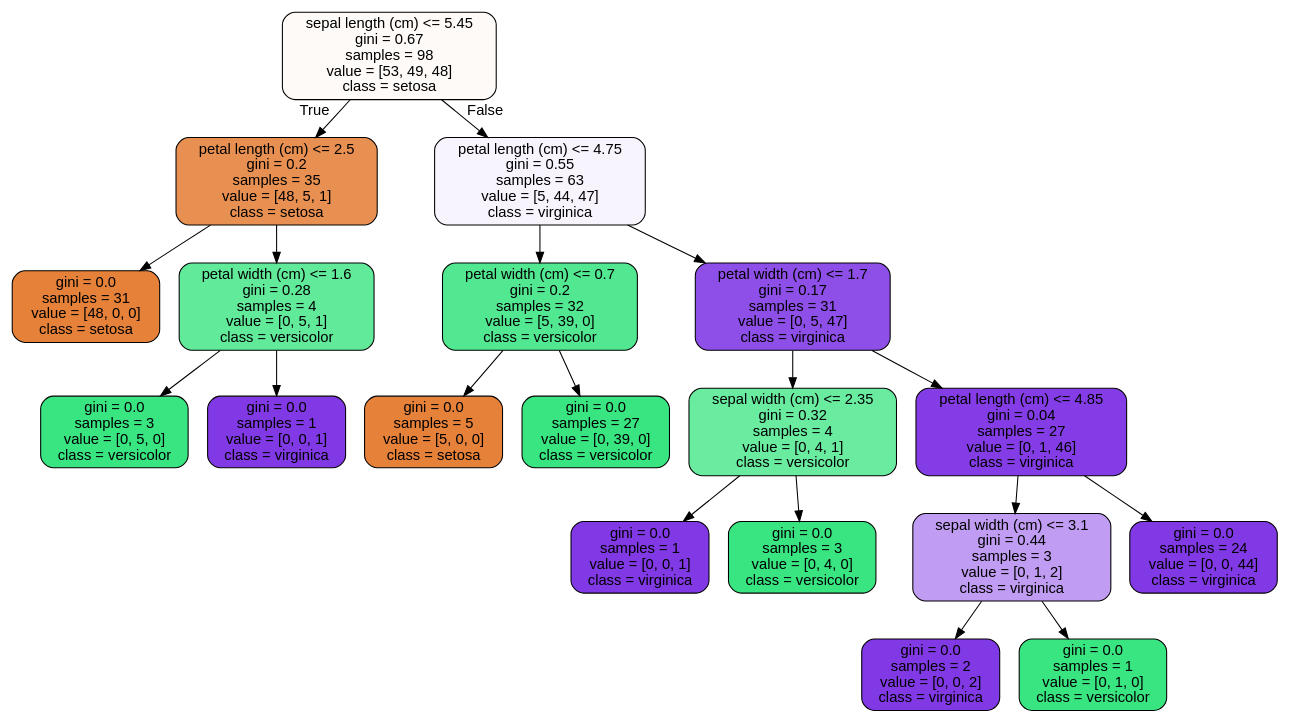
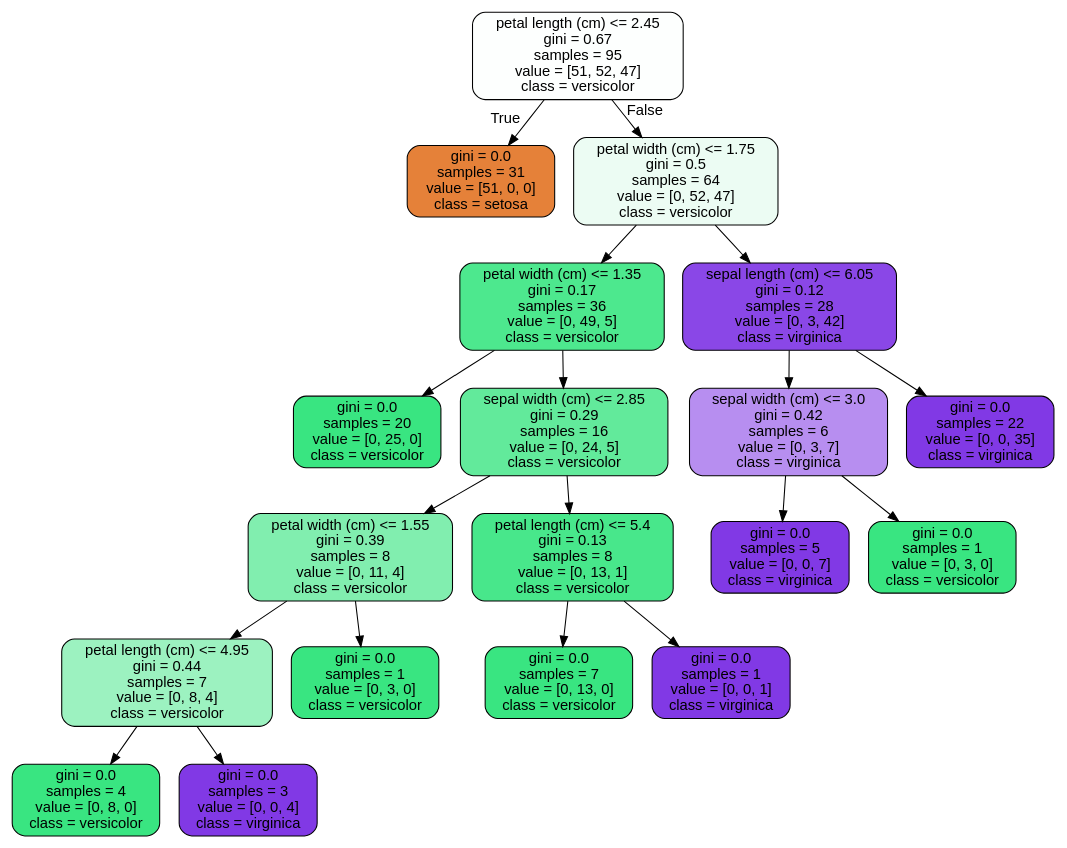
The diagram in 14.4RandomForest Covid Case Study_06302020/tree.dot (BinhKieu82/Springboard_NormProj), drawn with Graphviz before and after one commit. The commit also changed 2 other files, not shown here.

```diff
--- a/14.4RandomForest Covid Case Study_06302020/tree.dot
+++ b/14.4RandomForest Covid Case Study_06302020/tree.dot
@@ -1,41 +1,41 @@
 digraph Tree {
 node [shape=box, style="filled, rounded", color="black", fontname=helvetica] ;
 edge [fontname=helvetica] ;
-0 [label="sepal length (cm) <= 5.45\ngini = 0.67\nsamples = 98\nvalue = [53, 49, 48]\nclass = setosa", fillcolor="#fefaf7"] ;
-1 [label="petal length (cm) <= 2.5\ngini = 0.2\nsamples = 35\nvalue = [48, 5, 1]\nclass = setosa", fillcolor="#e89051"] ;
+0 [label="petal length (cm) <= 2.45\ngini = 0.67\nsamples = 95\nvalue = [51, 52, 47]\nclass = versicolor", fillcolor="#fdfffe"] ;
+1 [label="gini = 0.0\nsamples = 31\nvalue = [51, 0, 0]\nclass = setosa", fillcolor="#e58139"] ;
 0 -> 1 [labeldistance=2.5, labelangle=45, headlabel="True"] ;
-2 [label="gini = 0.0\nsamples = 31\nvalue = [48, 0, 0]\nclass = setosa", fillcolor="#e58139"] ;
-1 -> 2 ;
-3 [label="petal width (cm) <= 1.6\ngini = 0.28\nsamples = 4\nvalue = [0, 5, 1]\nclass = versicolor", fillcolor="#61ea9a"] ;
-1 -> 3 ;
-4 [label="gini = 0.0\nsamples = 3\nvalue = [0, 5, 0]\nclass = versicolor", fillcolor="#39e581"] ;
+2 [label="petal width (cm) <= 1.75\ngini = 0.5\nsamples = 64\nvalue = [0, 52, 47]\nclass = versicolor", fillcolor="#ecfcf3"] ;
+0 -> 2 [labeldistance=2.5, labelangle=-45, headlabel="False"] ;
+3 [label="petal width (cm) <= 1.35\ngini = 0.17\nsamples = 36\nvalue = [0, 49, 5]\nclass = versicolor", fillcolor="#4de88e"] ;
+2 -> 3 ;
+4 [label="gini = 0.0\nsamples = 20\nvalue = [0, 25, 0]\nclass = versicolor", fillcolor="#39e581"] ;
 3 -> 4 ;
-5 [label="gini = 0.0\nsamples = 1\nvalue = [0, 0, 1]\nclass = virginica", fillcolor="#8139e5"] ;
+5 [label="sepal width (cm) <= 2.85\ngini = 0.29\nsamples = 16\nvalue = [0, 24, 5]\nclass = versicolor", fillcolor="#62ea9b"] ;
 3 -> 5 ;
-6 [label="petal length (cm) <= 4.75\ngini = 0.55\nsamples = 63\nvalue = [5, 44, 47]\nclass = virginica", fillcolor="#f8f4fe"] ;
-0 -> 6 [labeldistance=2.5, labelangle=-45, headlabel="False"] ;
-7 [label="petal width (cm) <= 0.7\ngini = 0.2\nsamples = 32\nvalue = [5, 39, 0]\nclass = versicolor", fillcolor="#52e891"] ;
+6 [label="petal width (cm) <= 1.55\ngini = 0.39\nsamples = 8\nvalue = [0, 11, 4]\nclass = versicolor", fillcolor="#81eeaf"] ;
+5 -> 6 ;
+7 [label="petal length (cm) <= 4.95\ngini = 0.44\nsamples = 7\nvalue = [0, 8, 4]\nclass = versicolor", fillcolor="#9cf2c0"] ;
 6 -> 7 ;
-8 [label="gini = 0.0\nsamples = 5\nvalue = [5, 0, 0]\nclass = setosa", fillcolor="#e58139"] ;
+8 [label="gini = 0.0\nsamples = 4\nvalue = [0, 8, 0]\nclass = versicolor", fillcolor="#39e581"] ;
 7 -> 8 ;
-9 [label="gini = 0.0\nsamples = 27\nvalue = [0, 39, 0]\nclass = versicolor", fillcolor="#39e581"] ;
+9 [label="gini = 0.0\nsamples = 3\nvalue = [0, 0, 4]\nclass = virginica", fillcolor="#8139e5"] ;
 7 -> 9 ;
-10 [label="petal width (cm) <= 1.7\ngini = 0.17\nsamples = 31\nvalue = [0, 5, 47]\nclass = virginica", fillcolor="#8e4ee8"] ;
+10 [label="gini = 0.0\nsamples = 1\nvalue = [0, 3, 0]\nclass = versicolor", fillcolor="#39e581"] ;
 6 -> 10 ;
-11 [label="sepal width (cm) <= 2.35\ngini = 0.32\nsamples = 4\nvalue = [0, 4, 1]\nclass = versicolor", fillcolor="#6aeca0"] ;
-10 -> 11 ;
-12 [label="gini = 0.0\nsamples = 1\nvalue = [0, 0, 1]\nclass = virginica", fillcolor="#8139e5"] ;
+11 [label="petal length (cm) <= 5.4\ngini = 0.13\nsamples = 8\nvalue = [0, 13, 1]\nclass = versicolor", fillcolor="#48e78b"] ;
+5 -> 11 ;
+12 [label="gini = 0.0\nsamples = 7\nvalue = [0, 13, 0]\nclass = versicolor", fillcolor="#39e581"] ;
 11 -> 12 ;
-13 [label="gini = 0.0\nsamples = 3\nvalue = [0, 4, 0]\nclass = versicolor", fillcolor="#39e581"] ;
+13 [label="gini = 0.0\nsamples = 1\nvalue = [0, 0, 1]\nclass = virginica", fillcolor="#8139e5"] ;
 11 -> 13 ;
-14 [label="petal length (cm) <= 4.85\ngini = 0.04\nsamples = 27\nvalue = [0, 1, 46]\nclass = virginica", fillcolor="#843de6"] ;
-10 -> 14 ;
-15 [label="sepal width (cm) <= 3.1\ngini = 0.44\nsamples = 3\nvalue = [0, 1, 2]\nclass = virginica", fillcolor="#c09cf2"] ;
+14 [label="sepal length (cm) <= 6.05\ngini = 0.12\nsamples = 28\nvalue = [0, 3, 42]\nclass = virginica", fillcolor="#8a47e7"] ;
+2 -> 14 ;
+15 [label="sepal width (cm) <= 3.0\ngini = 0.42\nsamples = 6\nvalue = [0, 3, 7]\nclass = virginica", fillcolor="#b78ef0"] ;
 14 -> 15 ;
-16 [label="gini = 0.0\nsamples = 2\nvalue = [0, 0, 2]\nclass = virginica", fillcolor="#8139e5"] ;
+16 [label="gini = 0.0\nsamples = 5\nvalue = [0, 0, 7]\nclass = virginica", fillcolor="#8139e5"] ;
 15 -> 16 ;
-17 [label="gini = 0.0\nsamples = 1\nvalue = [0, 1, 0]\nclass = versicolor", fillcolor="#39e581"] ;
+17 [label="gini = 0.0\nsamples = 1\nvalue = [0, 3, 0]\nclass = versicolor", fillcolor="#39e581"] ;
 15 -> 17 ;
-18 [label="gini = 0.0\nsamples = 24\nvalue = [0, 0, 44]\nclass = virginica", fillcolor="#8139e5"] ;
+18 [label="gini = 0.0\nsamples = 22\nvalue = [0, 0, 35]\nclass = virginica", fillcolor="#8139e5"] ;
 14 -> 18 ;
 }
```
